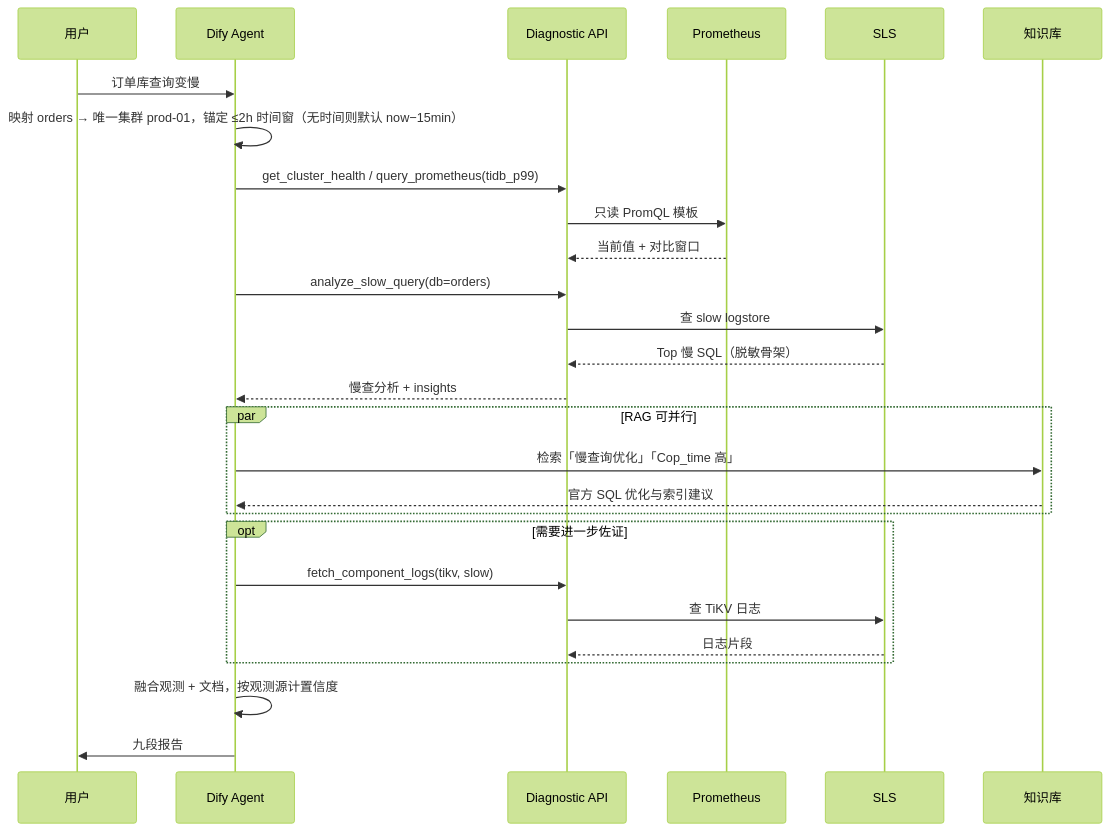
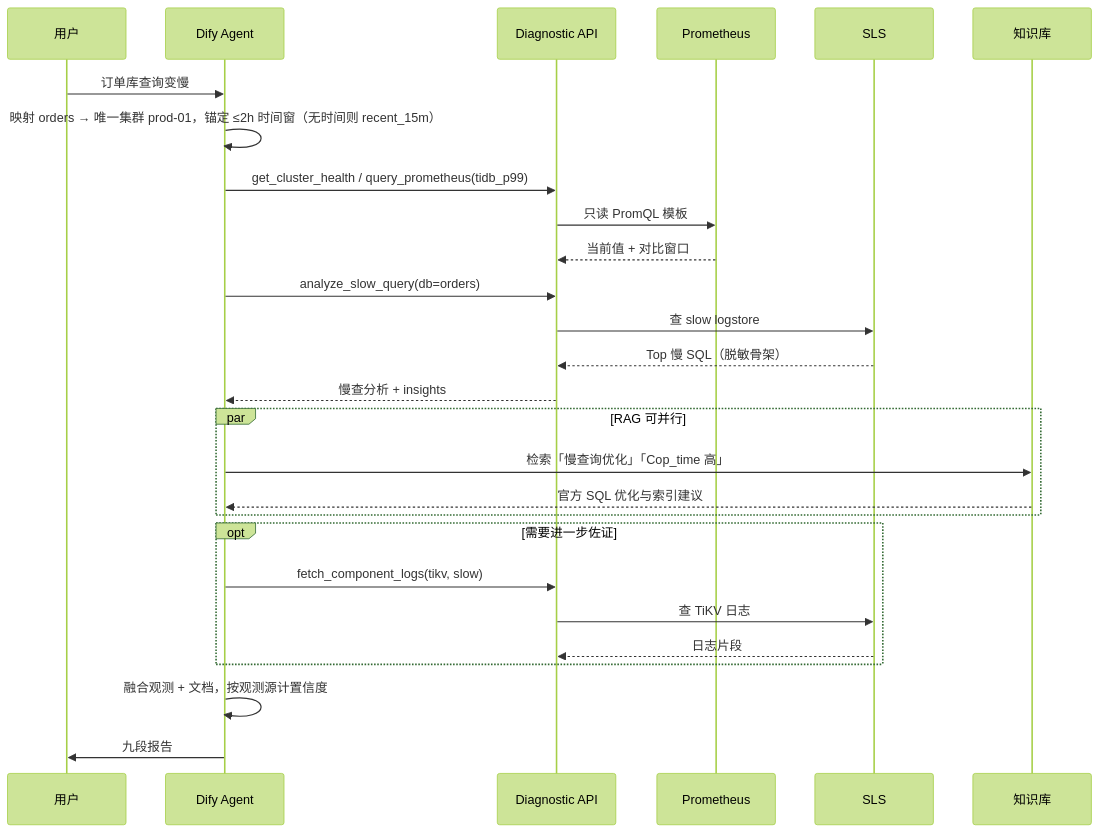
The eighth of 10 diagrams in docs/tidb-diag-agent-technical-design.md (yangzhengjie/tidb-diag), drawn with Mermaid (forest theme) before and after one commit. The commit also changed other lines of this file and 1 other file, not shown here.

````diff
--- a/docs/tidb-diag-agent-technical-design.md
+++ b/docs/tidb-diag-agent-technical-design.md
@@ -720,30 +876,30 @@
 ```mermaid
 sequenceDiagram
     participant U as 用户
     participant A as Dify Agent
     participant API as Diagnostic API
     participant P as Prometheus
     participant S as SLS
     participant KB as 知识库
 
     U->>A: 订单库查询变慢
-    A->>A: 映射 orders → 唯一集群 prod-01，锚定 ≤2h 时间窗（无时间则默认 now−15min）
+    A->>A: 映射 orders → 唯一集群 prod-01，锚定 ≤2h 时间窗（无时间则 recent_15m）
     A->>API: get_cluster_health / query_prometheus(tidb_p99)
     API->>P: 只读 PromQL 模板
     P-->>API: 当前值 + 对比窗口
     A->>API: analyze_slow_query(db=orders)
     API->>S: 查 slow logstore
     S-->>API: Top 慢 SQL（脱敏骨架）
     API-->>A: 慢查分析 + insights
     par RAG 可并行
         A->>KB: 检索「慢查询优化」「Cop_time 高」
         KB-->>A: 官方 SQL 优化与索引建议
     end
     opt 需要进一步佐证
         A->>API: fetch_component_logs(tikv, slow)
         API->>S: 查 TiKV 日志
         S-->>API: 日志片段
     end
     A->>A: 融合观测 + 文档，按观测源计置信度
     A->>U: 九段报告
 ```
````
